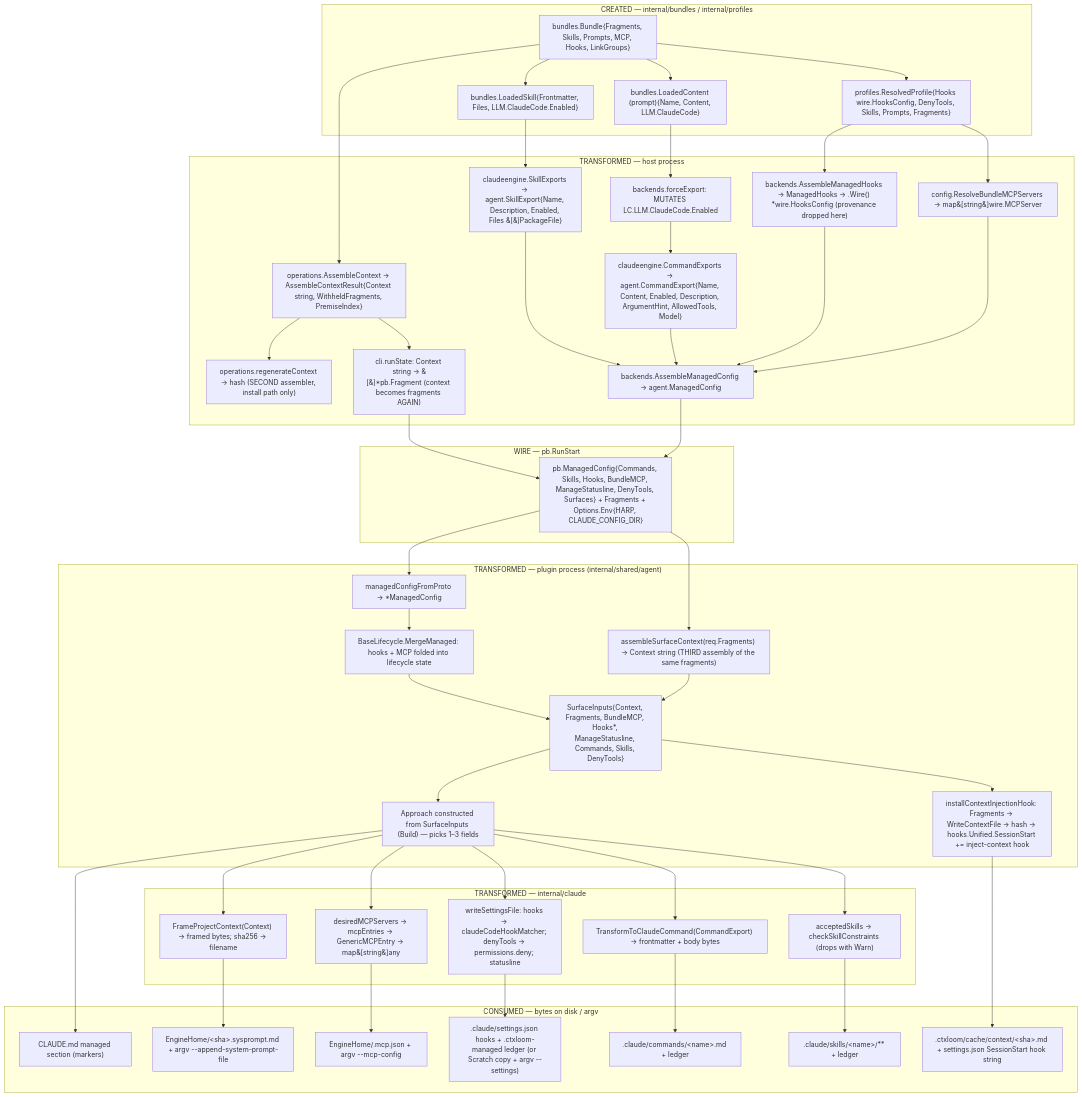
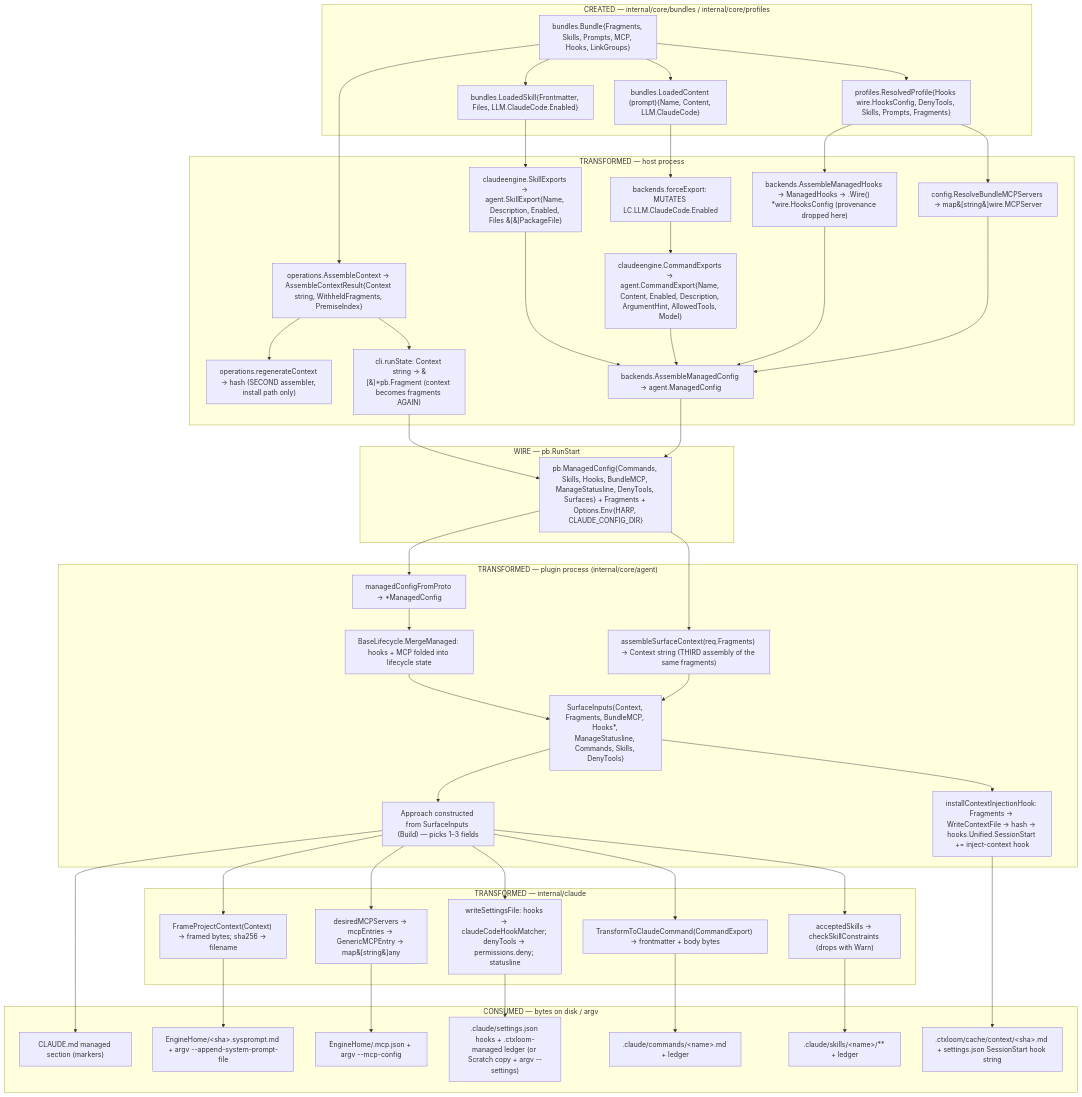
The tenth of 10 diagrams in docs/architecture/audit-2026-09-18/03-delivery-surfaces.md (ctxloom/ctxloom), drawn with Mermaid before and after one commit. The commit also changed other lines of this file and 1836 other files, not shown here.

First line of the commit message:
refactor(arch): move the core ring into internal/core

````diff
--- a/docs/architecture/audit-2026-09-18/03-delivery-surfaces.md
+++ b/docs/architecture/audit-2026-09-18/03-delivery-surfaces.md
@@ -662,66 +662,66 @@
 ```mermaid
 flowchart TB
-  subgraph create["CREATED — internal/bundles / internal/profiles"]
+  subgraph create["CREATED — internal/core/bundles / internal/core/profiles"]
     B["bundles.Bundle{Fragments, Skills, Prompts, MCP, Hooks, LinkGroups}"]
     LS["bundles.LoadedSkill{Frontmatter, Files, LLM.ClaudeCode.Enabled}"]
     LC["bundles.LoadedContent (prompt){Name, Content, LLM.ClaudeCode}"]
     RP["profiles.ResolvedProfile{Hooks wire.HooksConfig, DenyTools, Skills, Prompts, Fragments}"]
   end
   subgraph host["TRANSFORMED — host process"]
     AC["operations.AssembleContext → AssembleContextResult{Context string, WithheldFragments, PremiseIndex}"]
     RGC["operations.regenerateContext → hash (SECOND assembler, install path only)"]
     AMC["backends.AssembleManagedConfig → agent.ManagedConfig"]
     FE["backends.forceExport: MUTATES LC.LLM.ClaudeCode.Enabled"]
     CX["claudeengine.CommandExports → agent.CommandExport{Name, Content, Enabled, Description, ArgumentHint, AllowedTools, Model}"]
     SX["claudeengine.SkillExports → agent.SkillExport{Name, Description, Enabled, Files &#91;&#93;PackageFile}"]
     AMH["backends.AssembleManagedHooks → ManagedHooks → .Wire() *wire.HooksConfig (provenance dropped here)"]
     RBM["config.ResolveBundleMCPServers → map&#91;string&#93;wire.MCPServer"]
     PF["cli.runState: Context string → &#91;&#93;*pb.Fragment (context becomes fragments AGAIN)"]
   end
   subgraph wire["WIRE — pb.RunStart"]
     W["pb.ManagedConfig{Commands, Skills, Hooks, BundleMCP, ManageStatusline, DenyTools, Surfaces} + Fragments + Options.Env{HARP, CLAUDE_CONFIG_DIR}"]
   end
-  subgraph plugin["TRANSFORMED — plugin process (internal/shared/agent)"]
+  subgraph plugin["TRANSFORMED — plugin process (internal/core/agent)"]
     MFP["managedConfigFromProto → *ManagedConfig"]
     MM["BaseLifecycle.MergeManaged: hooks + MCP folded into lifecycle state"]
     ASC["assembleSurfaceContext(req.Fragments) → Context string (THIRD assembly of the same fragments)"]
     SI["SurfaceInputs{Context, Fragments, BundleMCP, Hooks*, ManageStatusline, Commands, Skills, DenyTools}"]
     ICIH["installContextInjectionHook: Fragments → WriteContextFile → hash → hooks.Unified.SessionStart += inject-context hook"]
     APP["Approach constructed from SurfaceInputs (Build) — picks 1–3 fields"]
   end
   subgraph engine["TRANSFORMED — internal/claude"]
     TCC["TransformToClaudeCommand(CommandExport) → frontmatter + body bytes"]
     ASK["acceptedSkills → checkSkillConstraints (drops with Warn)"]
     DSET["writeSettingsFile: hooks → claudeCodeHookMatcher; denyTools → permissions.deny; statusline"]
     DMCP["desiredMCPServers → mcpEntries → GenericMCPEntry → map&#91;string&#93;any"]
     FRAME["FrameProjectContext(Context) → framed bytes; sha256 → filename"]
   end
   subgraph consume["CONSUMED — bytes on disk / argv"]
     D1["CLAUDE.md managed section (markers)"]
     D2["EngineHome/&lt;sha&gt;.sysprompt.md + argv --append-system-prompt-file"]
     D3["EngineHome/.mcp.json + argv --mcp-config"]
     D4[".claude/settings.json hooks + .ctxloom-managed ledger (or Scratch copy + argv --settings)"]
     D5[".claude/commands/&lt;name&gt;.md + ledger"]
     D6[".claude/skills/&lt;name&gt;/** + ledger"]
     D7[".ctxloom/cache/context/&lt;sha&gt;.md + settings.json SessionStart hook string"]
   end
 
   B --> LS --> SX --> AMC
   B --> LC --> FE --> CX --> AMC
   B --> RP --> AMH --> AMC
   RP --> RBM --> AMC
   B --> AC --> PF --> W
   AC --> RGC
   AMC --> W
   W --> MFP --> MM --> SI
   W --> ASC --> SI
   SI --> APP
   SI --> ICIH
   APP --> TCC --> D5
   APP --> ASK --> D6
   APP --> DSET --> D4
   APP --> DMCP --> D3
   APP --> FRAME --> D2
   APP --> D1
   ICIH --> D7
 ```
````
